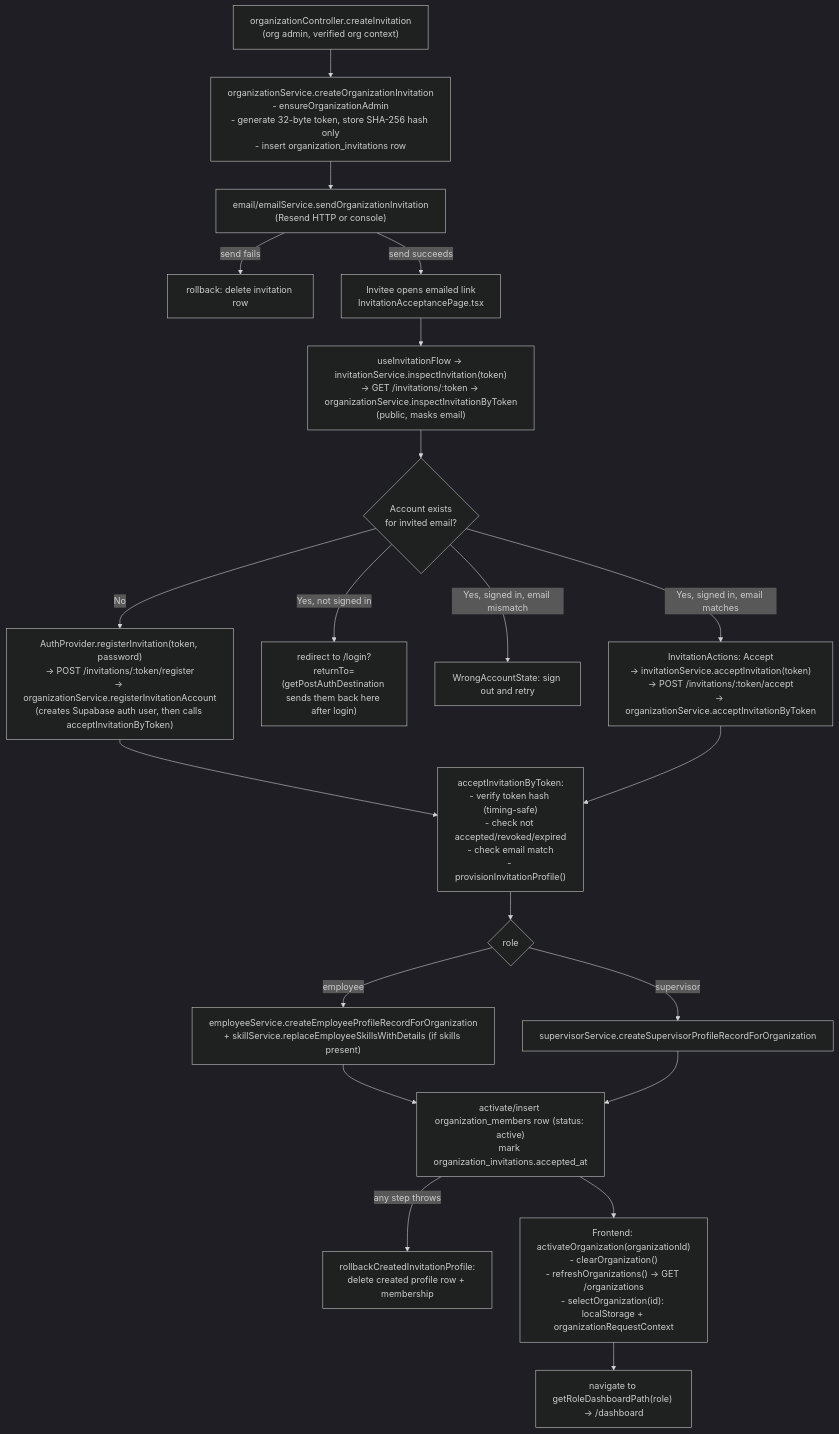
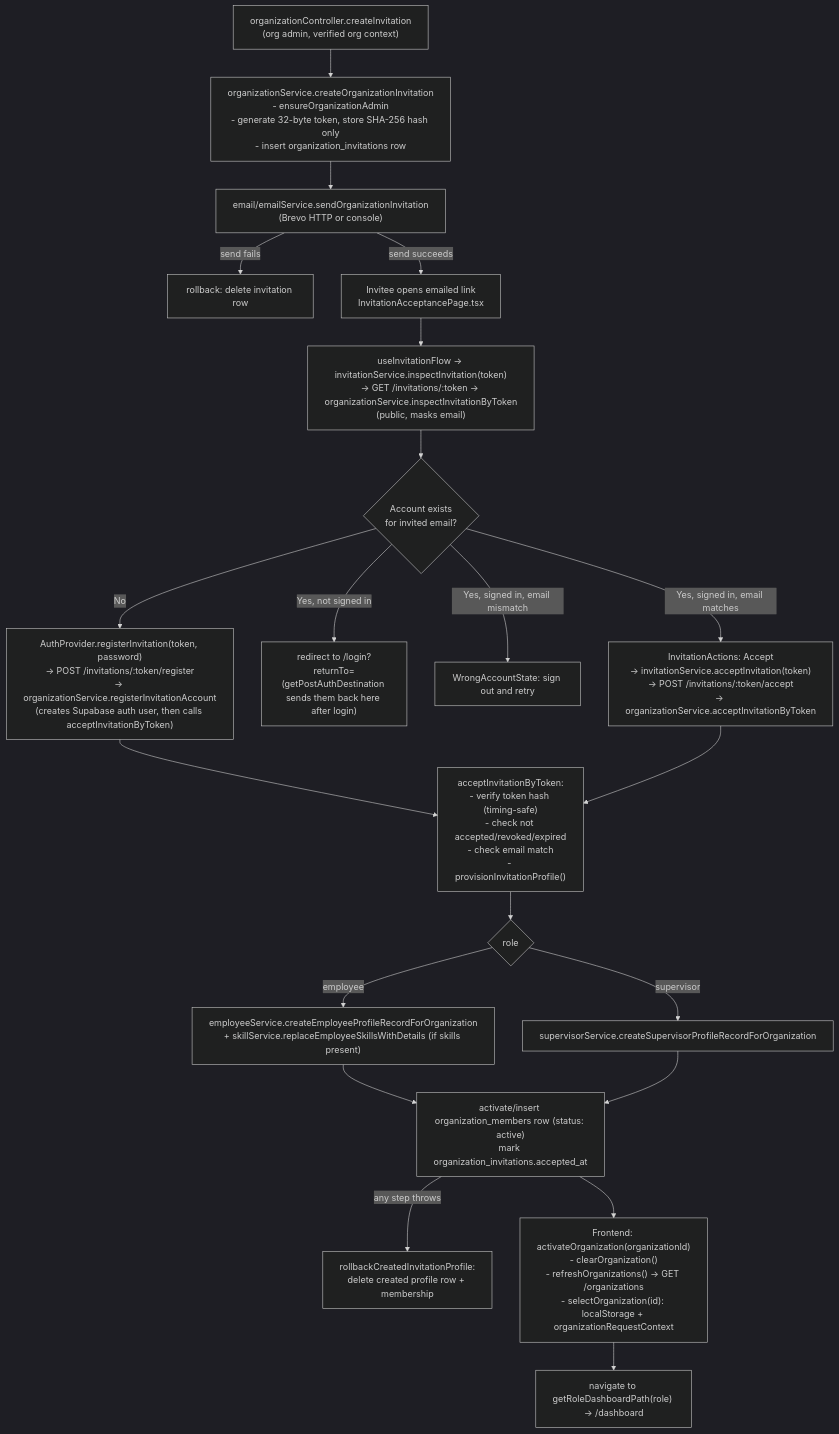
One commit to barshatpradhan/supervisor-ai changed the third of 7 diagrams in docs/ARCHITECTURE.md. Above: the diagram before and after it, drawn with Mermaid (dark theme). The commit also changed other lines of this file and 4 other files, not shown here.

First line of the commit message:
feat(email): switch invitation delivery from Resend to Brevo

````diff
--- a/docs/ARCHITECTURE.md
+++ b/docs/ARCHITECTURE.md
@@ -327,28 +327,28 @@
 ```mermaid
 flowchart TD
   A["organizationController.createInvitation\n(org admin, verified org context)"] --> B["organizationService.createOrganizationInvitation\n- ensureOrganizationAdmin\n- generate 32-byte token, store SHA-256 hash only\n- insert organization_invitations row"]
-  B --> C["email/emailService.sendOrganizationInvitation\n(Resend HTTP or console)"]
+  B --> C["email/emailService.sendOrganizationInvitation\n(Brevo HTTP or console)"]
   C -->|send fails| D["rollback: delete invitation row"]
   C -->|send succeeds| E["Invitee opens emailed link\nInvitationAcceptancePage.tsx"]
 
   E --> F["useInvitationFlow -> invitationService.inspectInvitation(token)\n-> GET /invitations/:token -> organizationService.inspectInvitationByToken\n(public, masks email)"]
 
   F --> G{Account exists\nfor invited email?}
   G -->|No| H["AuthProvider.registerInvitation(token, password)\n-> POST /invitations/:token/register\n-> organizationService.registerInvitationAccount\n(creates Supabase auth user, then calls acceptInvitationByToken)"]
   G -->|Yes, not signed in| I["redirect to /login?returnTo=<accept path>\n(getPostAuthDestination sends them back here after login)"]
   G -->|Yes, signed in, email mismatch| J["WrongAccountState: sign out and retry"]
   G -->|Yes, signed in, email matches| K["InvitationActions: Accept\n-> invitationService.acceptInvitation(token)\n-> POST /invitations/:token/accept\n-> organizationService.acceptInvitationByToken"]
 
   H --> L["acceptInvitationByToken:\n- verify token hash (timing-safe)\n- check not accepted/revoked/expired\n- check email match\n- provisionInvitationProfile()"]
   K --> L
 
   L --> M{role}
   M -->|employee| N["employeeService.createEmployeeProfileRecordForOrganization\n+ skillService.replaceEmployeeSkillsWithDetails (if skills present)"]
   M -->|supervisor| O["supervisorService.createSupervisorProfileRecordForOrganization"]
   N --> P["activate/insert organization_members row (status: active)\nmark organization_invitations.accepted_at"]
   O --> P
   P -->|any step throws| Q["rollbackCreatedInvitationProfile:\ndelete created profile row + membership"]
 
   P --> R["Frontend: activateOrganization(organizationId)\n- clearOrganization()\n- refreshOrganizations() -> GET /organizations\n- selectOrganization(id): localStorage + organizationRequestContext"]
   R --> S["navigate to getRoleDashboardPath(role) -> /dashboard"]
 ```
````
